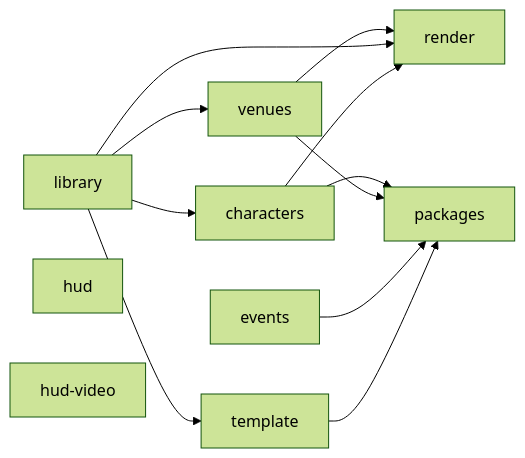
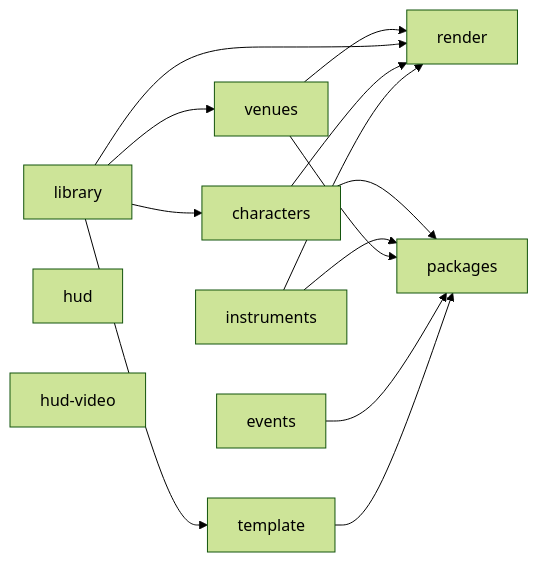
One commit to heditwo/gh3-clonehero-skin changed the diagram in docs/PIPELINE.md. Above: the diagram before and after it, drawn with Mermaid (forest theme). The commit also changed other lines of this file and 9 other files, not shown here.

````diff
--- a/docs/PIPELINE.md
+++ b/docs/PIPELINE.md
@@ -40,14 +40,16 @@
 ```mermaid
 flowchart LR
     library --> venues --> render
     library --> render
     library --> template
     library --> characters
     characters --> render
     characters --> packages
+    instruments --> render
+    instruments --> packages
     venues --> packages
     events --> packages
     template --> packages
     hud
     hudvideo[hud-video]
 ```
````
